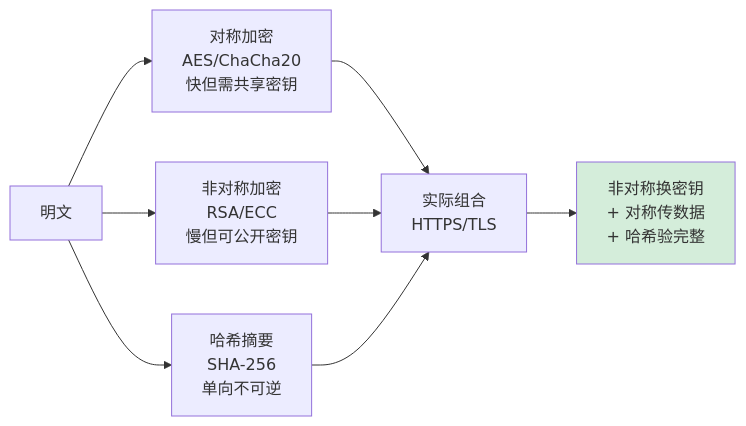
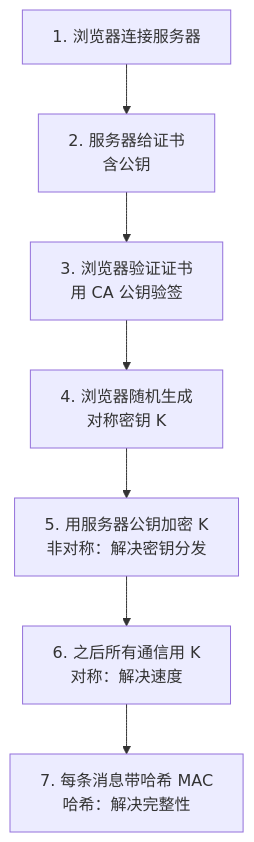
One commit to chongyang211/YCBookBlog changed the third of 8 diagrams in 00.通用技术的提升/02.程序编程原理/43.数据加密和解密.md. Above: the diagram before and after it, drawn with Mermaid. The commit also changed other lines of this file and 4 other files, not shown here.

````diff
--- a/00.通用技术的提升/02.程序编程原理/43.数据加密和解密.md
+++ b/00.通用技术的提升/02.程序编程原理/43.数据加密和解密.md
@@ -9,9 +600,9 @@
 ```mermaid
-flowchart LR
-    A[明文] --> B1[对称加密<br/>AES/ChaCha20<br/>快但需共享密钥]
-    A --> B2[非对称加密<br/>RSA/ECC<br/>慢但可公开密钥]
-    A --> B3[哈希摘要<br/>SHA-256<br/>单向不可逆]
-    B1 & B2 & B3 --> C[实际组合<br/>HTTPS/TLS]
-    C --> D[非对称换密钥<br/>+ 对称传数据<br/>+ 哈希验完整]
-    style D fill:#d4edda
+flowchart TB
+    A[1. 浏览器连接服务器] --> B[2. 服务器给证书<br/>含公钥]
+    B --> C[3. 浏览器验证证书<br/>用 CA 公钥验签]
+    C --> D[4. 浏览器随机生成<br/>对称密钥 K]
+    D --> E[5. 用服务器公钥加密 K<br/>非对称：解决密钥分发]
+    E --> F[6. 之后所有通信用 K<br/>对称：解决速度]
+    F --> G[7. 每条消息带哈希 MAC<br/>哈希：解决完整性]
 ```
````
